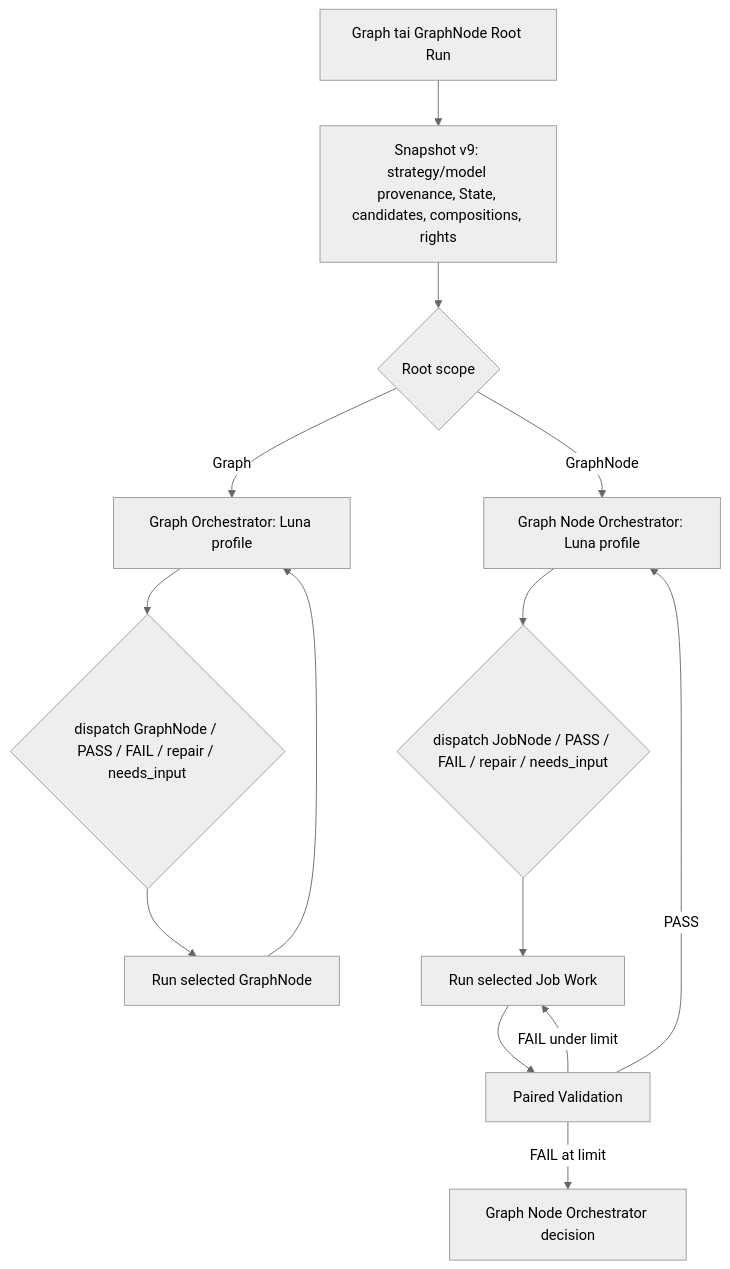
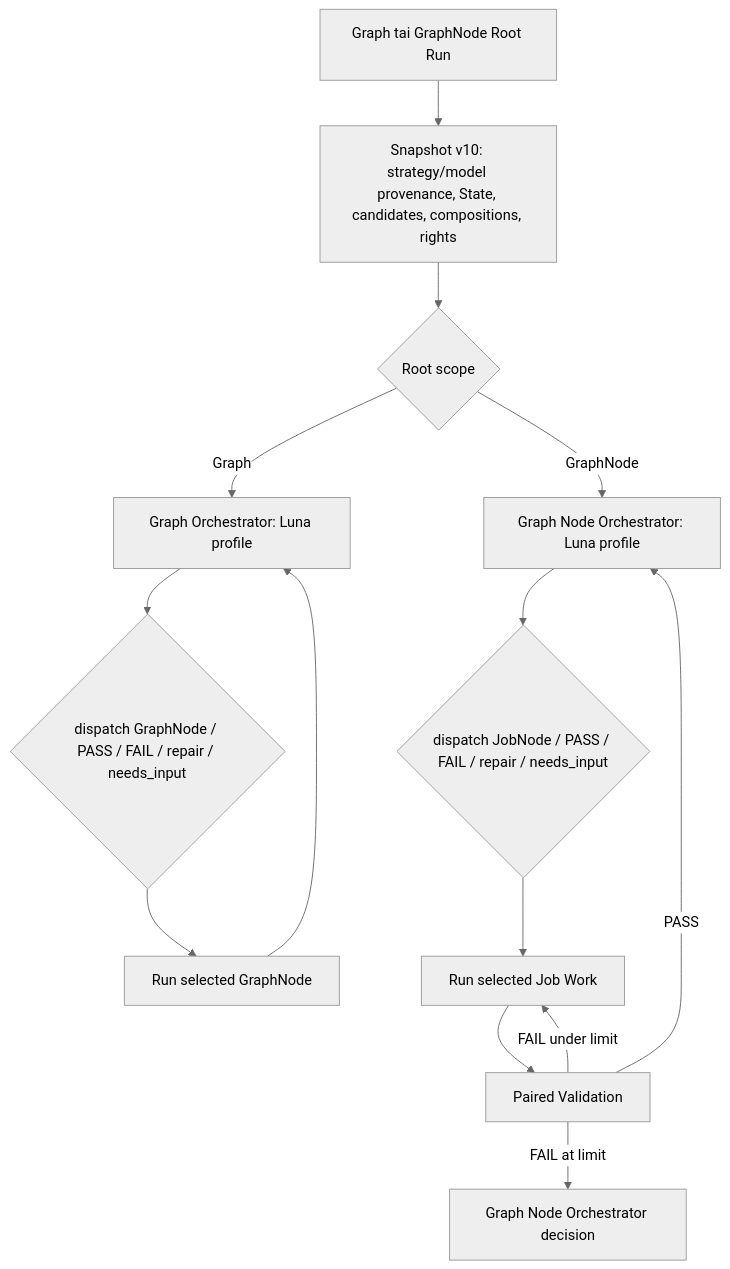
Before and after one commit to isinisalo/ballet: the eighth of 13 diagrams in .ballet/arc42/06-runtime-view.md, drawn with Mermaid (neutral theme). The commit also changed other lines of this file and 60 other files, not shown here.

````diff
--- a/.ballet/arc42/06-runtime-view.md
+++ b/.ballet/arc42/06-runtime-view.md
@@ -187,16 +187,16 @@
 ```mermaid
 flowchart TD
-  start["Graph tai GraphNode Root Run"] --> snapshot["Snapshot v9: strategy/model provenance, State, candidates, compositions, rights"]
+  start["Graph tai GraphNode Root Run"] --> snapshot["Snapshot v10: strategy/model provenance, State, candidates, compositions, rights"]
   snapshot --> scope{"Root scope"}
   scope -->|"Graph"| graphOrch["Graph Orchestrator: Luna profile"]
   scope -->|"GraphNode"| nodeOrch["Graph Node Orchestrator: Luna profile"]
   graphOrch --> graphEnum{"dispatch GraphNode / PASS / FAIL / repair / needs_input"}
   graphEnum --> child["Run selected GraphNode"]
   child --> graphOrch
   nodeOrch --> jobEnum{"dispatch JobNode / PASS / FAIL / repair / needs_input"}
   jobEnum --> work["Run selected Job Work"]
   work --> validation["Paired Validation"]
   validation -->|"PASS"| nodeOrch
   validation -->|"FAIL under limit"| work
   validation -->|"FAIL at limit"| repairChoice["Graph Node Orchestrator decision"]
 ```
````
